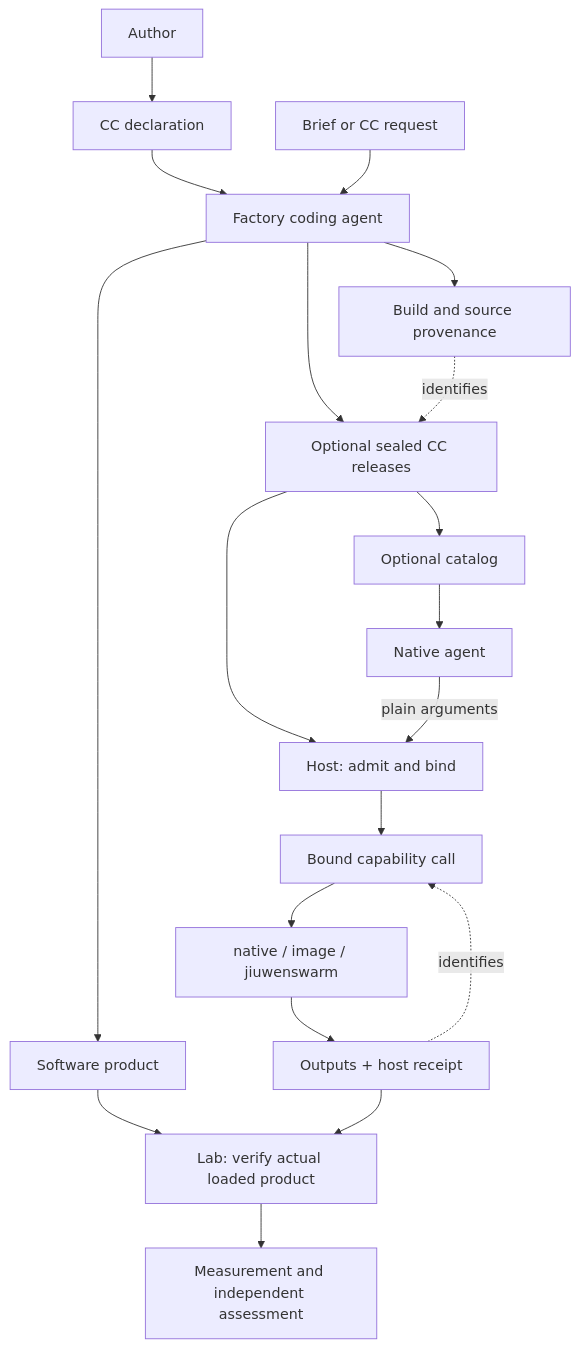
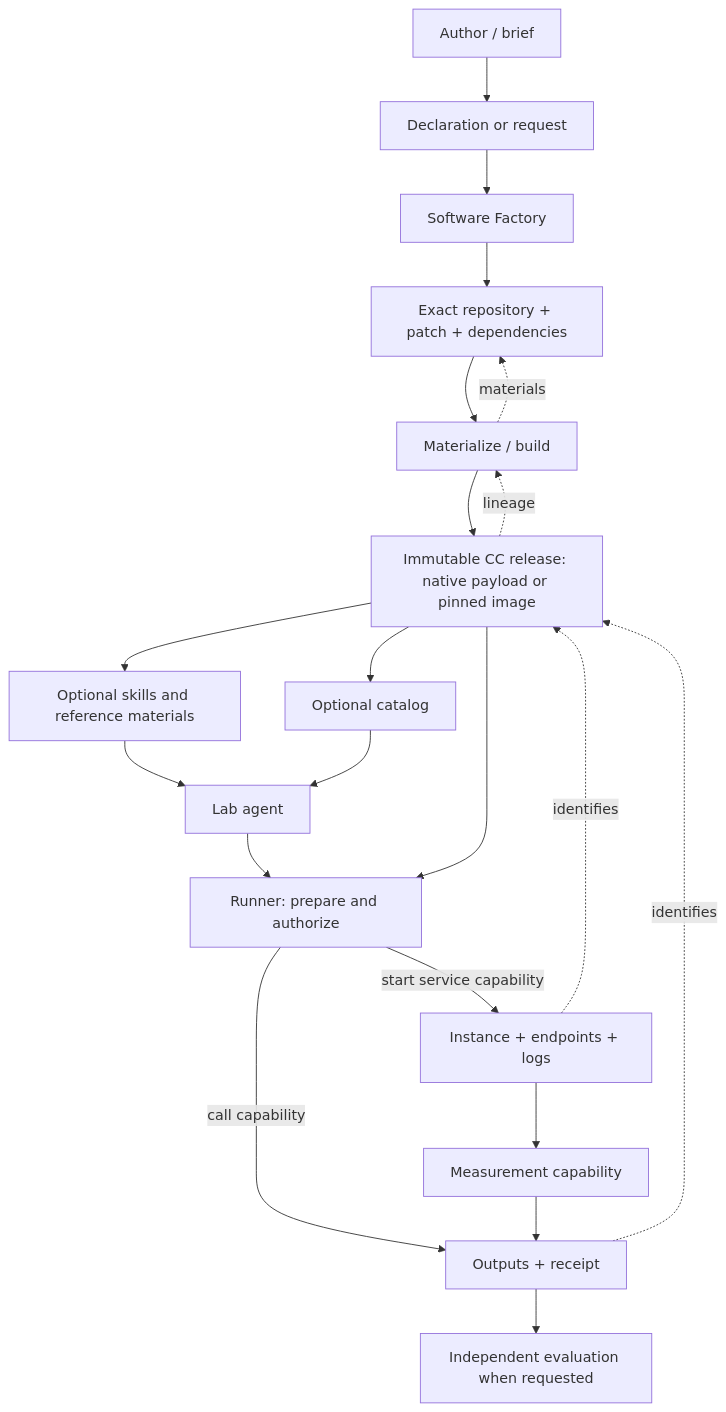
The diagram in AI4Research-Notebook/Designs/CC and Strata delivery/CC Protocols/README.md (Muxite/tools), drawn with Mermaid before and after one commit. The commit also changed other lines of this file and 132 other files, not shown here.

Commit message:
Unify CC v2 capabilities, service lifecycle and passive materials

````diff
--- a/AI4Research-Notebook/Designs/CC and Strata delivery/CC Protocols/README.md
+++ b/AI4Research-Notebook/Designs/CC and Strata delivery/CC Protocols/README.md
@@ -12,21 +14,23 @@
 ```mermaid
 flowchart TB
-    author["Author"] --> declaration["CC declaration"]
-    declaration --> factory
-    request["Brief or CC request"] --> factory["Factory coding agent"]
-    factory --> product["Software product"]
-    factory --> release["Optional sealed CC releases"]
-    factory --> build["Build and source provenance"]
-    build -. identifies .-> release
-    release --> host["Host: admit and bind"]
+    author["Author / brief"] --> declaration["Declaration or request"]
+    declaration --> factory["Software Factory"]
+    factory --> source["Exact repository + patch + dependencies"]
+    source --> build["Materialize / build"]
+    build --> release["Immutable CC release: native payload or pinned image"]
+    release --> materials["Optional skills and reference materials"]
+    materials --> agent
     release --> catalog["Optional catalog"]
-    catalog --> agent
-    agent["Native agent"] -->|plain arguments| host
-    host --> boundCall["Bound capability call"]
-    boundCall --> adapter["native / image / jiuwenswarm"]
-    adapter --> receipt["Outputs + host receipt"]
-    receipt -. identifies .-> boundCall
-    product --> lab["Lab: verify actual loaded product"]
-    receipt --> lab
-    lab --> evidence["Measurement and independent assessment"]
+    catalog --> agent["Lab agent"]
+    agent --> runner["Runner: prepare and authorize"]
+    release --> runner
+    runner -->|"call capability"| tool["Outputs + receipt"]
+    runner -->|"start service capability"| instance["Instance + endpoints + logs"]
+    instance --> measurement["Measurement capability"]
+    measurement --> tool
+    tool -. identifies .-> release
+    instance -. identifies .-> release
+    release -. lineage .-> build
+    build -. materials .-> source
+    tool --> evaluator["Independent evaluation when requested"]
 ```
````
